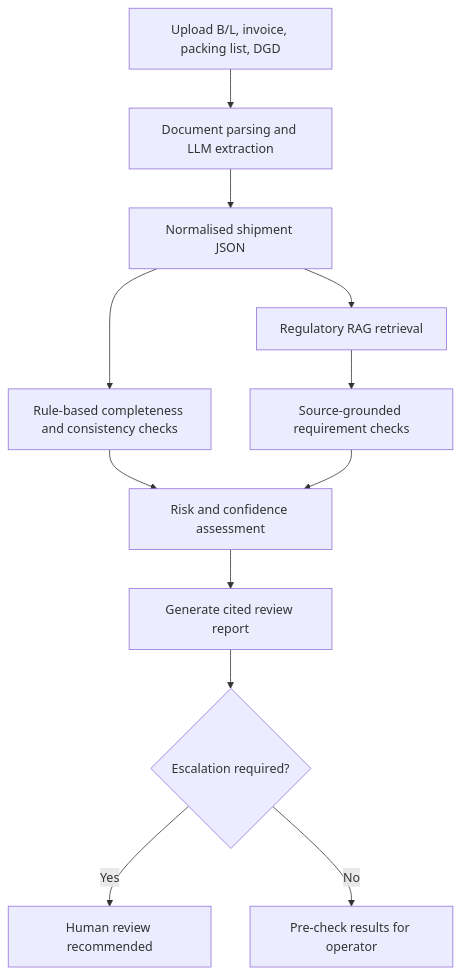
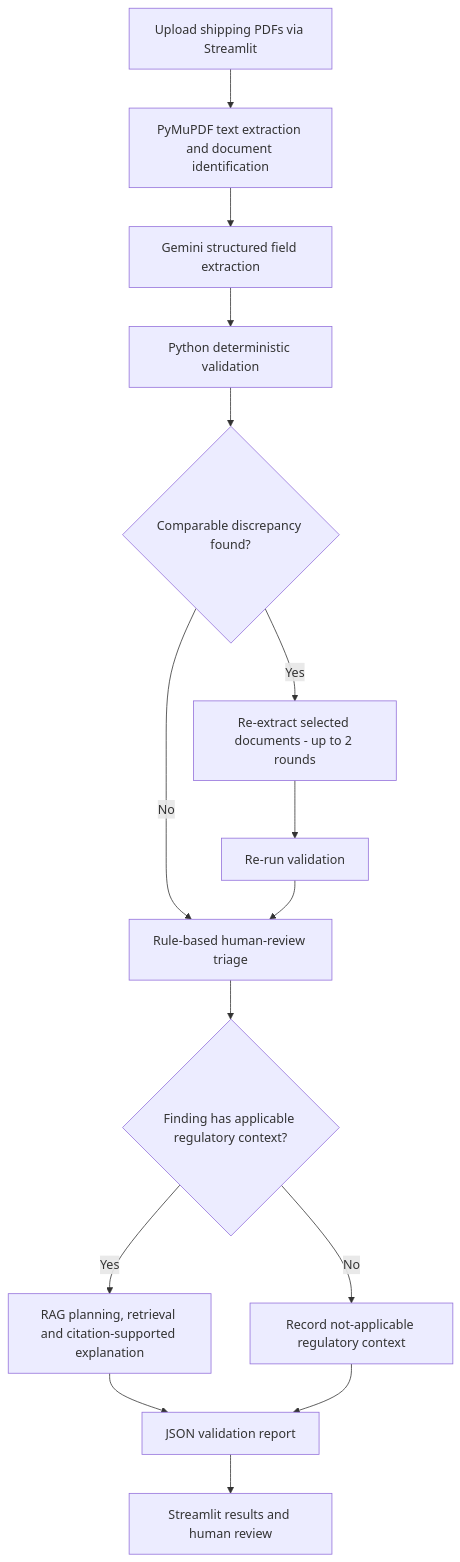
Before and after one commit to ikhtan03/BC3415-Maritime-Shipment: the first of 2 diagrams in README.md, drawn with Mermaid. The commit also changed other lines of this file, not shown here.

````diff
--- a/README.md
+++ b/README.md
@@ -101,14 +117,17 @@
 ```mermaid
 flowchart TD
-    A[Upload B/L, invoice, packing list, DGD] --> B[Document parsing and LLM extraction]
-    B --> C[Normalised shipment JSON]
-    C --> D[Rule-based completeness and consistency checks]
-    C --> E[Regulatory RAG retrieval]
-    E --> F[Source-grounded requirement checks]
-    D --> G[Risk and confidence assessment]
-    F --> G
-    G --> H[Generate cited review report]
-    H --> I{Escalation required?}
-    I -- Yes --> J[Human review recommended]
-    I -- No --> K[Pre-check results for operator]
+    A["Upload shipping PDFs via Streamlit"] --> B["PyMuPDF text extraction and document identification"]
+    B --> C["Gemini structured field extraction"]
+    C --> D["Python deterministic validation"]
+    D --> E{"Comparable discrepancy found?"}
+    E -- Yes --> F["Re-extract selected documents - up to 2 rounds"]
+    F --> G["Re-run validation"]
+    E -- No --> H["Rule-based human-review triage"]
+    G --> H
+    H --> I{"Finding has applicable regulatory context?"}
+    I -- Yes --> J["RAG planning, retrieval and citation-supported explanation"]
+    I -- No --> K["Record not-applicable regulatory context"]
+    J --> L["JSON validation report"]
+    K --> L
+    L --> M["Streamlit results and human review"]
 ```
````
